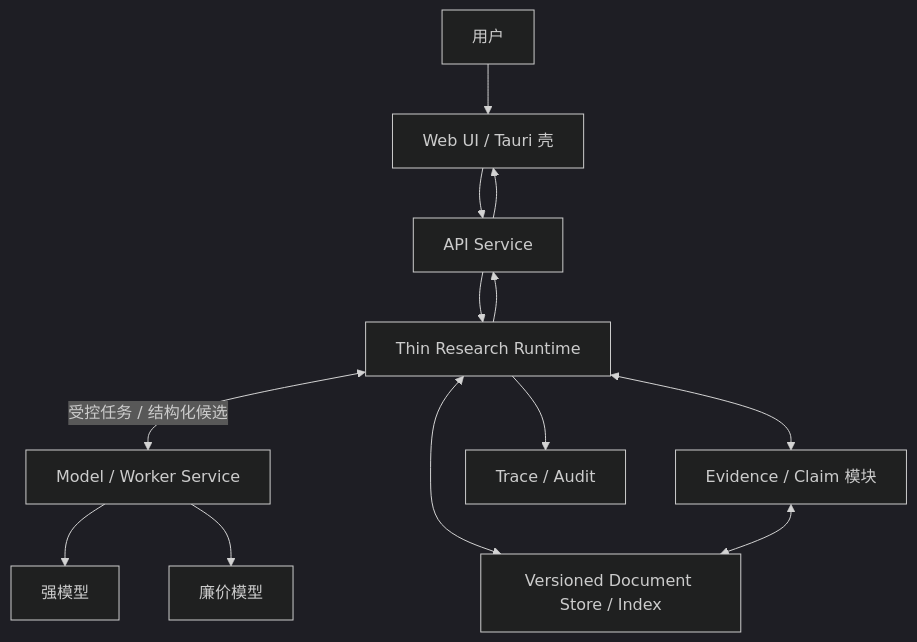
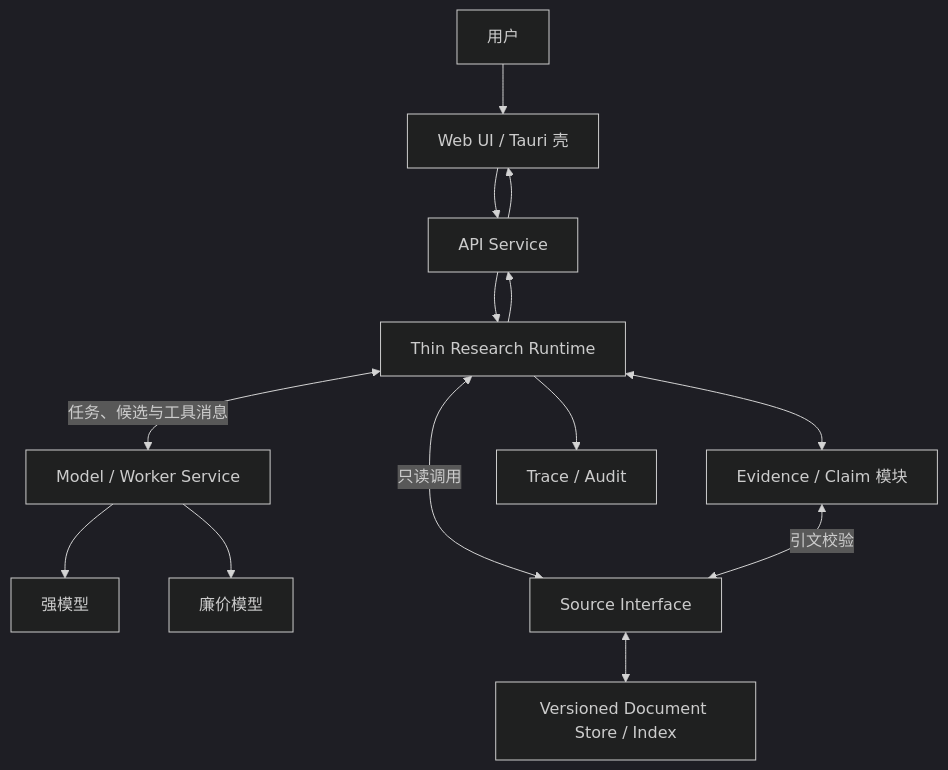
One commit to SuperCatQR/traceable-research-runtime changed the first of 2 diagrams in docs/architecture.md. Above: the diagram before and after it, drawn with Mermaid (dark theme). The commit also changed other lines of this file and 1 other file, not shown here.

Commit message:
docs: design source interface boundary

````diff
--- a/docs/architecture.md
+++ b/docs/architecture.md
@@ -51,18 +51,19 @@
 ```mermaid
 flowchart TB
     U[用户] --> UI[Web UI / Tauri 壳]
     UI --> API[API Service]
     API --> R[Thin Research Runtime]
 
-    R <-->|受控任务 / 结构化候选| MS[Model / Worker Service]
+    R <-->|任务、候选与工具消息| MS[Model / Worker Service]
     MS --> SM[强模型]
     MS --> CM[廉价模型]
 
+    R <-->|只读调用| SI[Source Interface]
     R <--> E[Evidence / Claim 模块]
-    R <--> D[Versioned Document Store / Index]
-    E <--> D
+    E <-->|引文校验| SI
+    SI <--> D[Versioned Document Store / Index]
     R --> A[Trace / Audit]
 
     R --> API
     API --> UI
 ```
````
